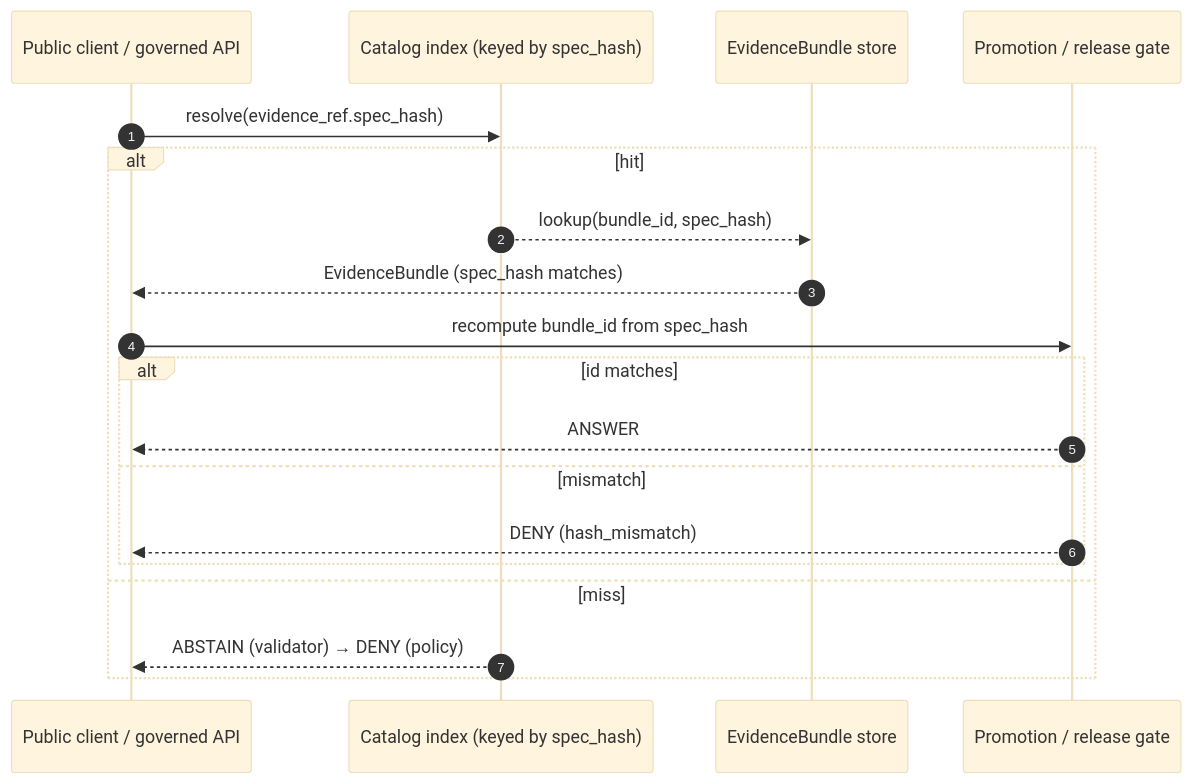
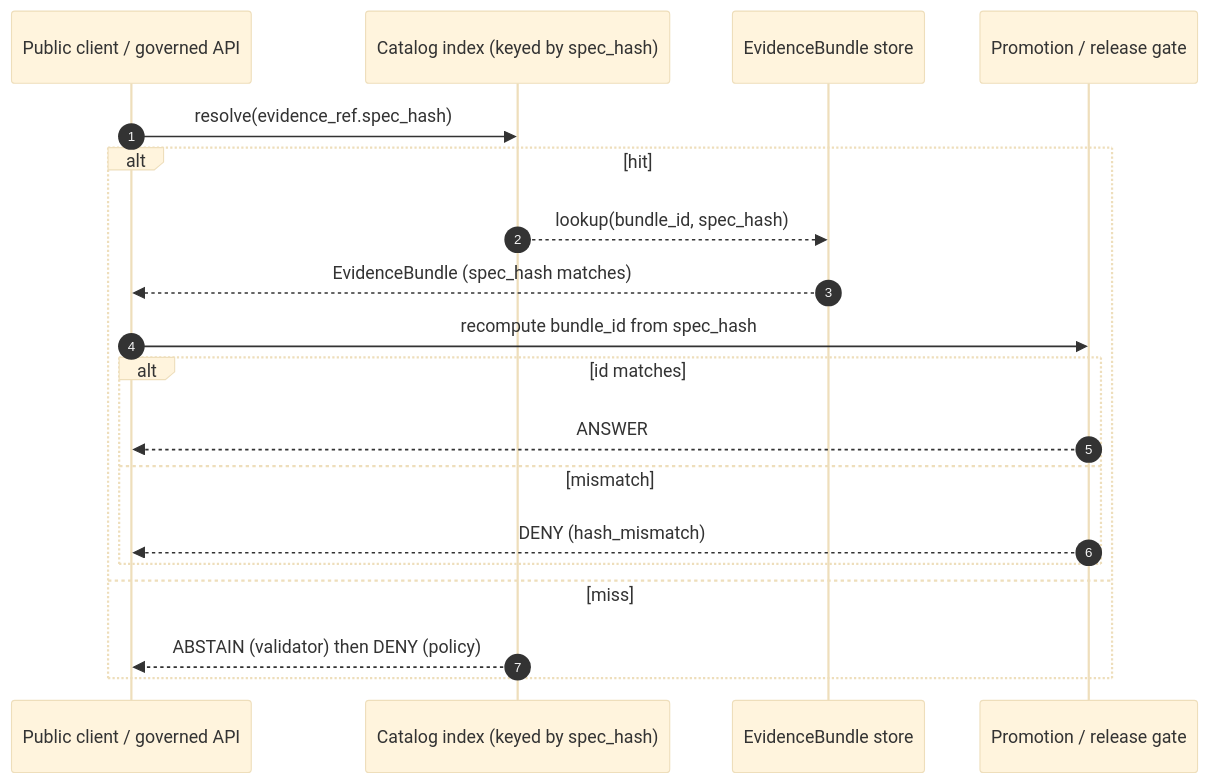
The second of 3 diagrams in docs/domains/habitat/IDENTITY_MODEL.md (bartytime4life/Kansas-Frontier-Matrix), drawn with Mermaid (base theme) before and after one commit. The commit also changed other lines of this file, not shown here.

````diff
--- a/docs/domains/habitat/IDENTITY_MODEL.md
+++ b/docs/domains/habitat/IDENTITY_MODEL.md
@@ -211,22 +218,22 @@
 ```mermaid
 sequenceDiagram
     autonumber
     participant Client as Public client / governed API
     participant Idx as Catalog index (keyed by spec_hash)
     participant EB as EvidenceBundle store
     participant Gate as Promotion / release gate
 
     Client->>Idx: resolve(evidence_ref.spec_hash)
     alt hit
         Idx-->>EB: lookup(bundle_id, spec_hash)
         EB-->>Client: EvidenceBundle (spec_hash matches)
         Client->>Gate: recompute bundle_id from spec_hash
         alt id matches
             Gate-->>Client: ANSWER
         else mismatch
             Gate-->>Client: DENY (hash_mismatch)
         end
     else miss
-        Idx-->>Client: ABSTAIN (validator) → DENY (policy)
+        Idx-->>Client: ABSTAIN (validator) then DENY (policy)
     end
 ```
````
